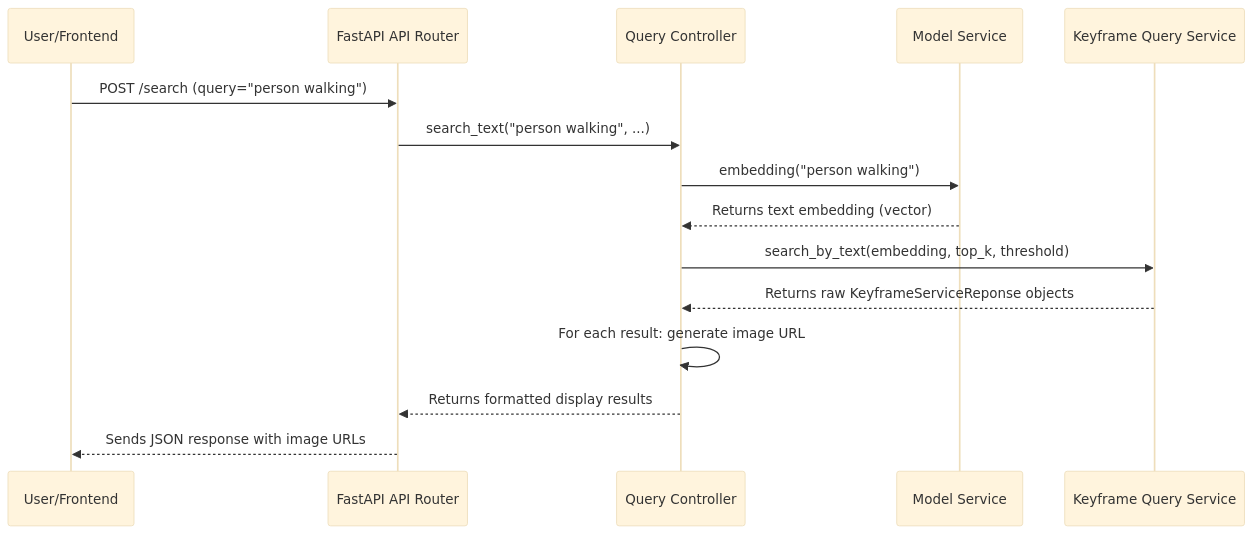
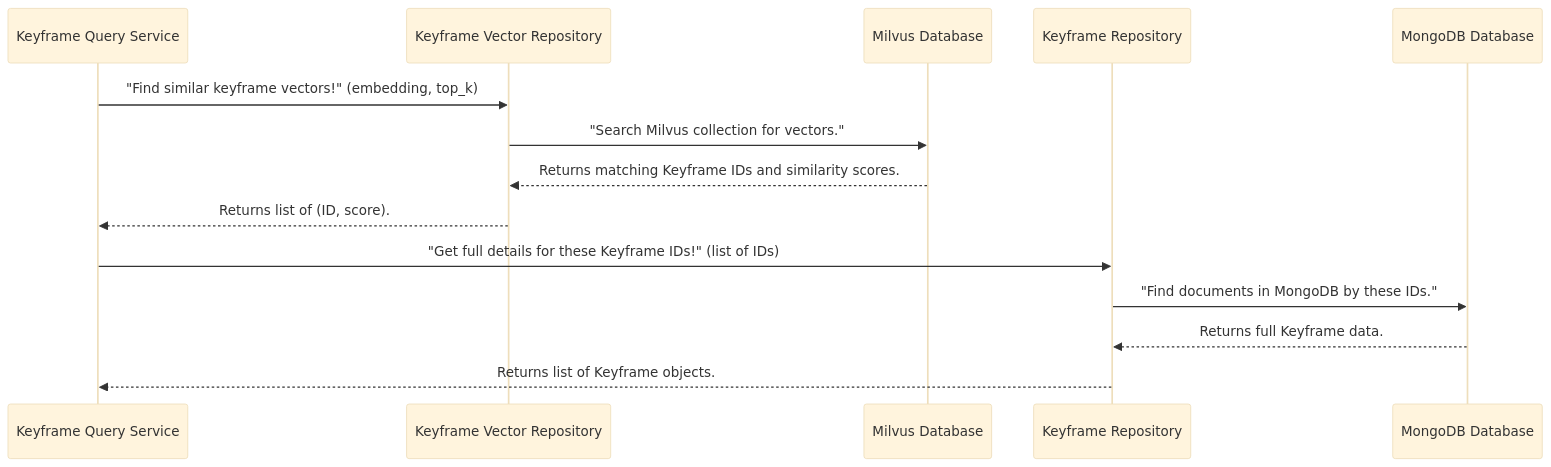
Before and after one commit to ThanhDanh1510/Image-Retrieval-System-for-AIC2025: the diagram in Baseline documentations/HCMAI2025_Baseline/03_query_controller_.md, drawn with Mermaid (base theme). The commit also changed other lines of this file, not shown here.

First line of the commit message:
Revise Chapter 3 to focus on Data Access Layer

````diff
--- a/Baseline documentations/HCMAI2025_Baseline/03_query_controller_.md
+++ b/Baseline documentations/HCMAI2025_Baseline/03_query_controller_.md
@@ -94,18 +104,18 @@
 ```mermaid
 sequenceDiagram
-    participant Client as User/Frontend
-    participant API_Router as FastAPI API Router
-    participant QC as Query Controller
-    participant MS as Model Service
     participant KQS as Keyframe Query Service
+    participant KVR as Keyframe Vector Repository
+    participant MilvusDB as Milvus Database
+    participant KMR as Keyframe Repository
+    participant MongoDB as MongoDB Database
+
+    KQS->>KVR: "Find similar keyframe vectors!" (embedding, top_k)
+    KVR->>MilvusDB: "Search Milvus collection for vectors."
+    MilvusDB-->>KVR: Returns matching Keyframe IDs and similarity scores.
+    KVR-->>KQS: Returns list of (ID, score).
     
-    Client->>API_Router: POST /search (query="person walking")
-    API_Router->>QC: search_text("person walking", ...)
-    QC->>MS: embedding("person walking")
-    MS-->>QC: Returns text embedding (vector)
-    QC->>KQS: search_by_text(embedding, top_k, threshold)
-    KQS-->>QC: Returns raw KeyframeServiceReponse objects
-    QC->>QC: For each result: generate image URL
-    QC-->>API_Router: Returns formatted display results
-    API_Router-->>Client: Sends JSON response with image URLs
+    KQS->>KMR: "Get full details for these Keyframe IDs!" (list of IDs)
+    KMR->>MongoDB: "Find documents in MongoDB by these IDs."
+    MongoDB-->>KMR: Returns full Keyframe data.
+    KMR-->>KQS: Returns list of Keyframe objects.
 ```
````
